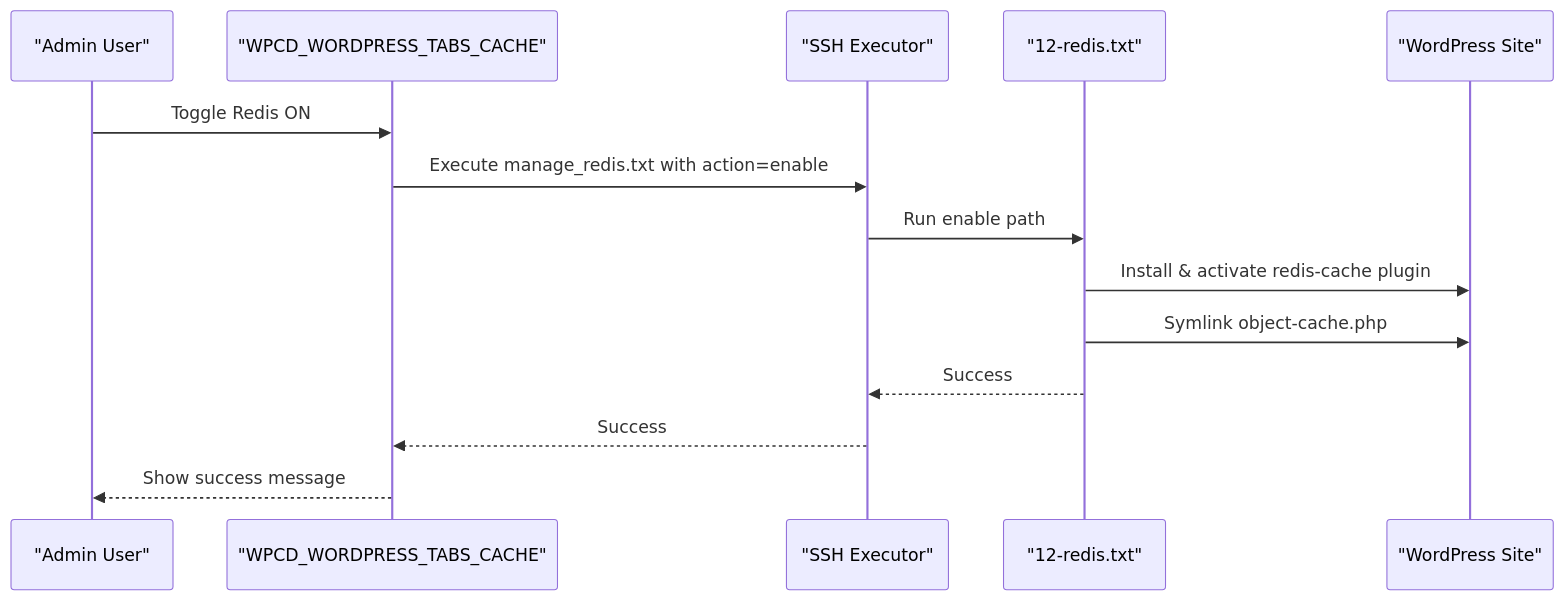
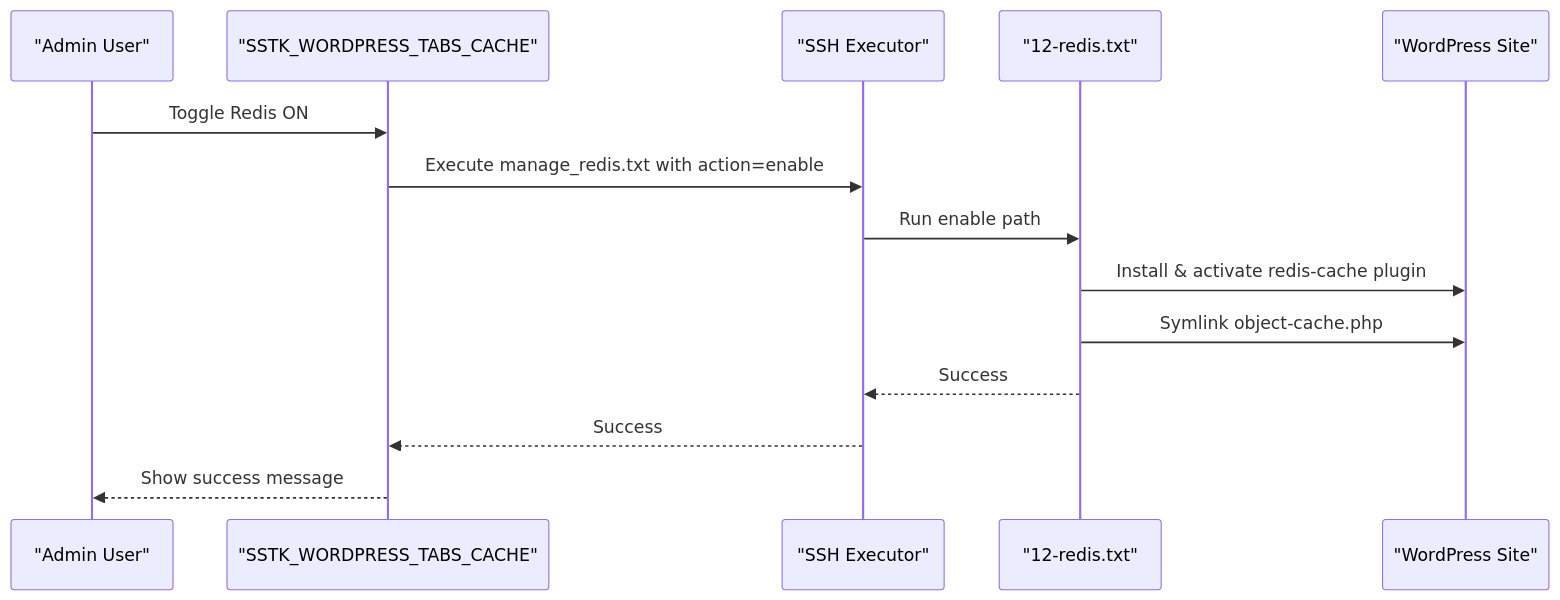
One commit to onedogsolutions/simple-stack changed the second of 6 diagrams in .qoder/repowiki/en/content/Operational Tools/Performance Optimization Tools/Caching Systems/WordPress Object Cache.md. Above: the diagram before and after it, drawn with Mermaid. The commit also changed other lines of this file and 5941 other files, not shown here.

````diff
--- a/.qoder/repowiki/en/content/Operational Tools/Performance Optimization Tools/Caching Systems/WordPress Object Cache.md
+++ b/.qoder/repowiki/en/content/Operational Tools/Performance Optimization Tools/Caching Systems/WordPress Object Cache.md
@@ -96,16 +96,16 @@
 ```mermaid
 sequenceDiagram
 participant Admin as "Admin User"
-participant UI as "WPCD_WORDPRESS_TABS_CACHE"
+participant UI as "SSTK_WORDPRESS_TABS_CACHE"
 participant SSH as "SSH Executor"
 participant Script as "12-redis.txt"
 participant WP as "WordPress Site"
 Admin->>UI : Toggle Redis ON
 UI->>SSH : Execute manage_redis.txt with action=enable
 SSH->>Script : Run enable path
 Script->>WP : Install & activate redis-cache plugin
 Script->>WP : Symlink object-cache.php
 Script-->>SSH : Success
 SSH-->>UI : Success
 UI-->>Admin : Show success message
 ```
````
